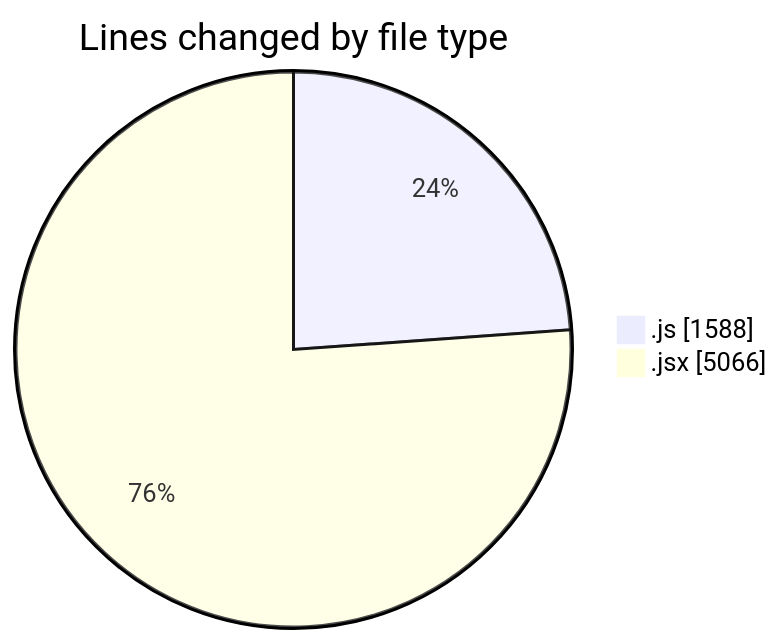
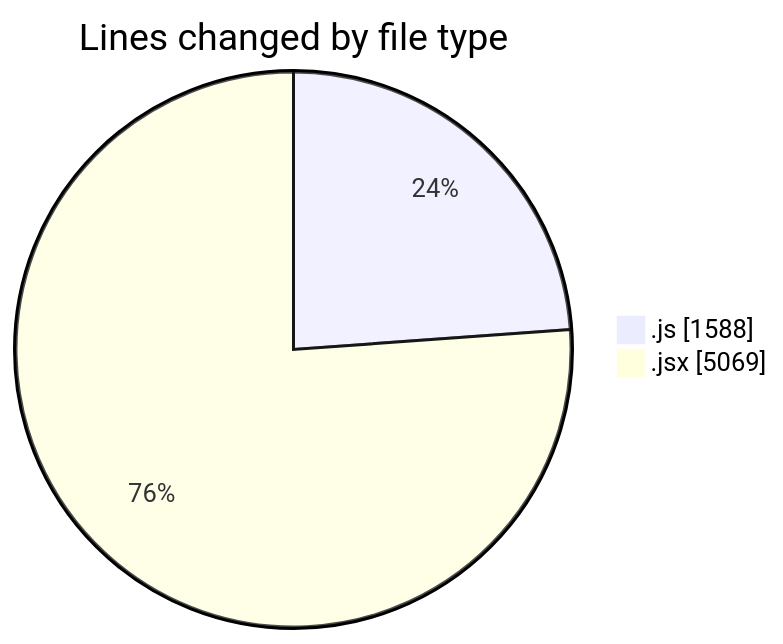
Before and after one commit to nxtqubesakshisongat/code-tracking: the first of 2 diagrams in 2026-01-15/nxtqube_webapp/README.md, drawn with Mermaid. The commit also changed other lines of this file and 1 other file, not shown here.

````diff
--- a/2026-01-15/nxtqube_webapp/README.md
+++ b/2026-01-15/nxtqube_webapp/README.md
@@ -27,6 +27,6 @@
 ```mermaid
 pie showData
 title Lines changed by file type
 ".js" : 1588
-".jsx" : 5066
+".jsx" : 5069
 ```
````
